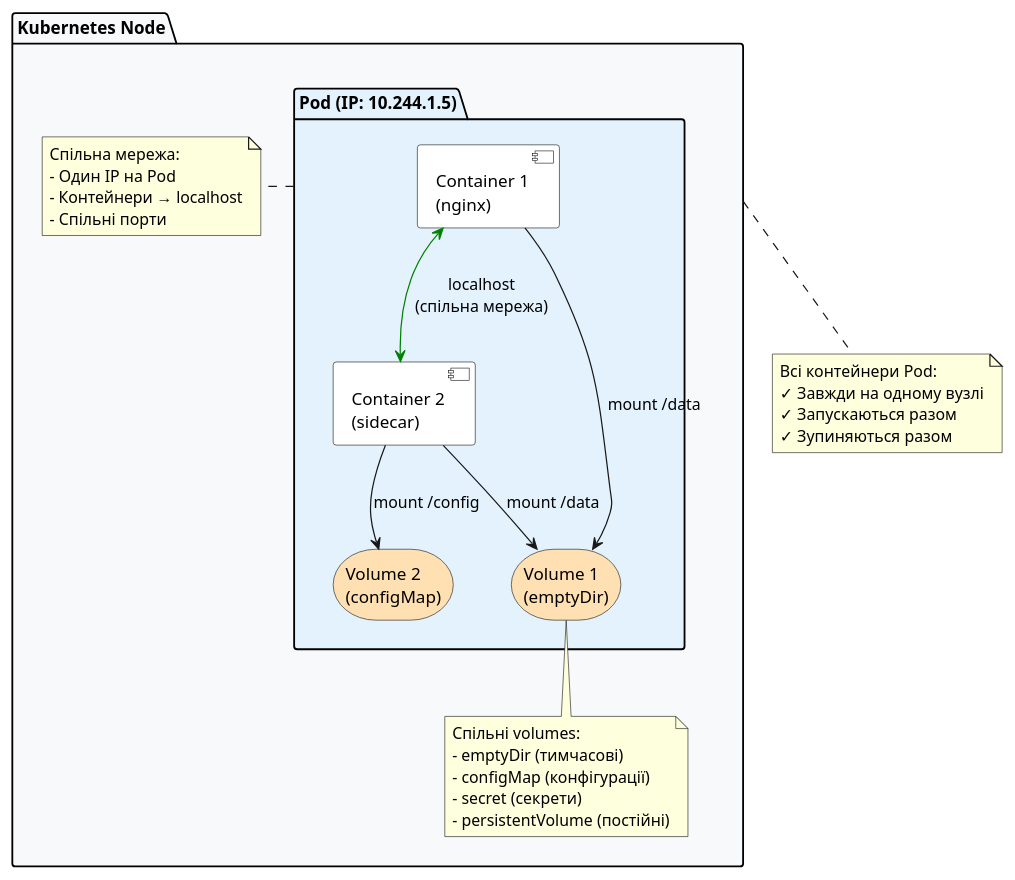
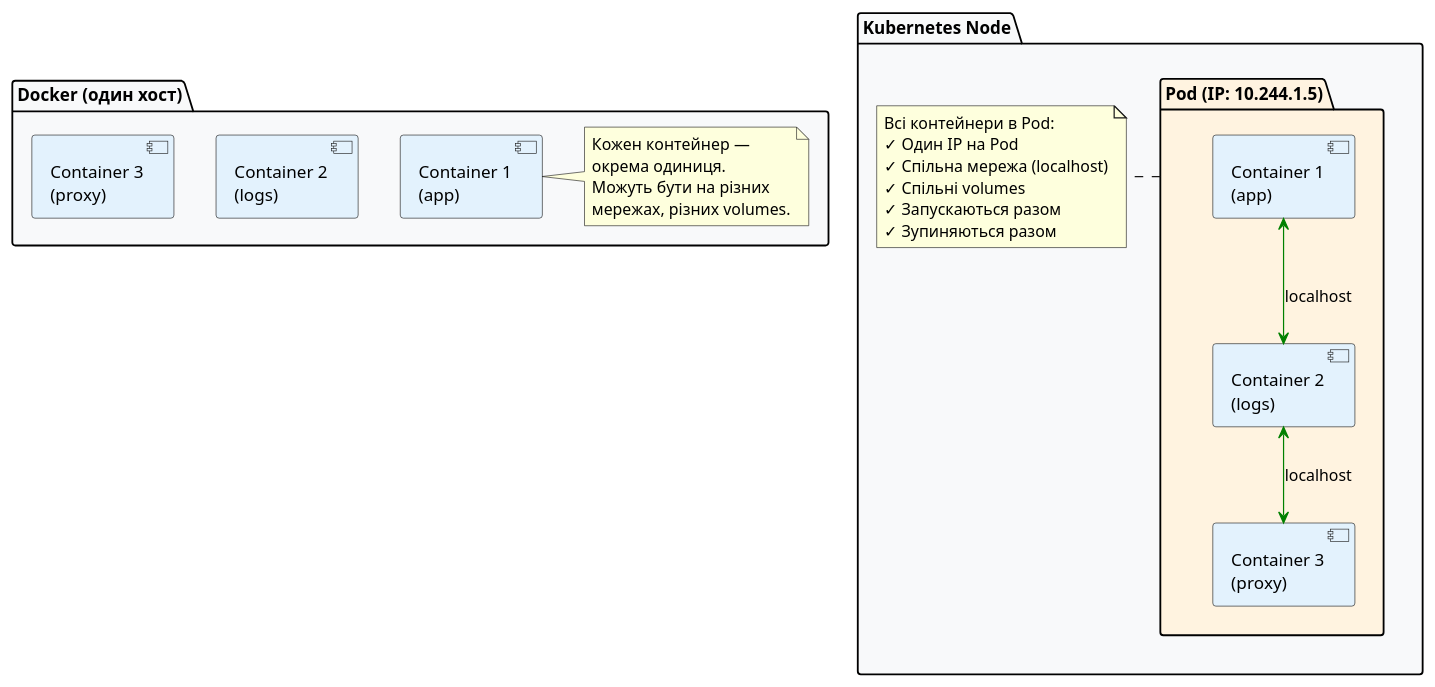
Before and after one commit to UTUBMIR/kostyl.dev: the first of 3 diagrams in content/07.tools/02.kubernetes/04.pods-and-containers.md, drawn with PlantUML. The commit also changed other lines of this file, not shown here.

Commit message:
docs: update and clarify Kubernetes pods and containers documentation

````diff
--- a/content/07.tools/02.kubernetes/04.pods-and-containers.md
+++ b/content/07.tools/02.kubernetes/04.pods-and-containers.md
@@ -56,44 +45,40 @@
 ```plantuml
 @startuml
 skinparam style plain
 skinparam backgroundColor #ffffff
 
-package "Kubernetes Node" #f8f9fa {
-    package "Pod (IP: 10.244.1.5)" #e3f2fd {
-        component "Container 1\n(nginx)" as c1 #fff
-        component "Container 2\n(sidecar)" as c2 #fff
-        
-        storage "Volume 1\n(emptyDir)" as v1 #ffe0b2
-        storage "Volume 2\n(configMap)" as v2 #ffe0b2
-        
-        c1 -down-> v1 : mount /data
-        c2 -down-> v1 : mount /data
-        c2 -down-> v2 : mount /config
-    }
-    
-    note right of "Pod (IP: 10.244.1.5)"
-        Спільна мережа:
-        - Один IP на Pod
-        - Контейнери → localhost
-        - Спільні порти
-    end note
-    
-    note bottom of v1
-        Спільні volumes:
-        - emptyDir (тимчасові)
-        - configMap (конфігурації)
-        - secret (секрети)
-        - persistentVolume (постійні)
+package "Docker (один хост)" #f8f9fa {
+    component "Container 1\n(app)" as dc1 #e3f2fd
+    component "Container 2\n(logs)" as dc2 #e3f2fd
+    component "Container 3\n(proxy)" as dc3 #e3f2fd
+
+    note right of dc1
+        Кожен контейнер —
+        окрема одиниця.
+        Можуть бути на різних
+        мережах, різних volumes.
     end note
 }
 
-c1 <-[#green]-> c2 : localhost\n(спільна мережа)
+package "Kubernetes Node" #f8f9fa {
+    package "Pod (IP: 10.244.1.5)" #fff3e0 {
+        component "Container 1\n(app)" as kc1 #e3f2fd
+        component "Container 2\n(logs)" as kc2 #e3f2fd
+        component "Container 3\n(proxy)" as kc3 #e3f2fd
 
-note bottom of "Kubernetes Node"
-    Всі контейнери Pod:
-    ✓ Завжди на одному вузлі
-    ✓ Запускаються разом
-    ✓ Зупиняються разом
-end note
+        kc1 <-[#green]-> kc2 : localhost
+        kc2 <-[#green]-> kc3 : localhost
+    }
+
+    note right of "Pod (IP: 10.244.1.5)"
+        Всі контейнери в Pod:
+        ✓ Один IP на Pod
+        ✓ Спільна мережа (localhost)
+        ✓ Спільні volumes
+        ✓ Запускаються разом
+        ✓ Зупиняються разом
+    end note
+}
+
 @enduml
 ```
````
